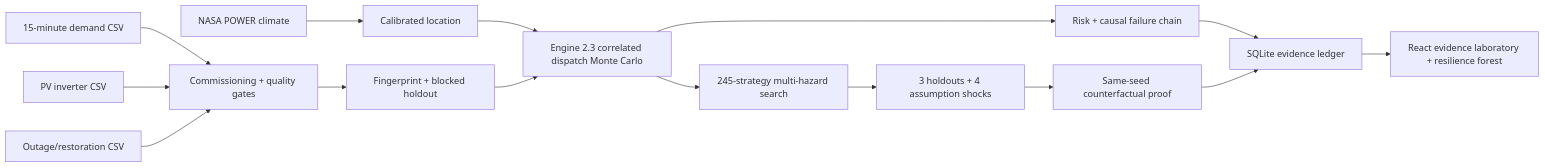
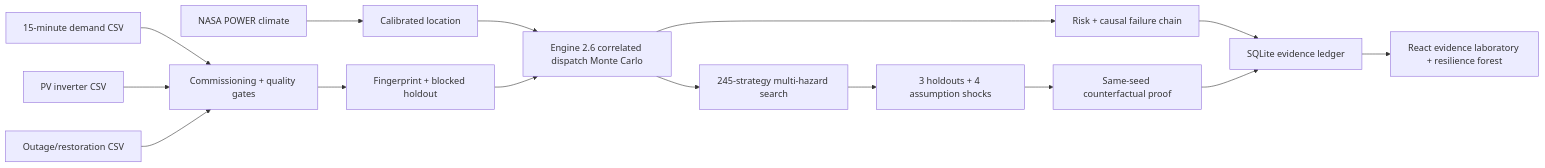
The diagram in docs/ARCHITECTURE.md (codewithanshuman/grounded), drawn with Mermaid before and after one commit. The commit also changed other lines of this file and 7 other files, not shown here.

````diff
--- a/docs/ARCHITECTURE.md
+++ b/docs/ARCHITECTURE.md
@@ -3,17 +3,17 @@
 ```mermaid
 flowchart LR
   A[NASA POWER climate] --> C[Calibrated location]
   B1[15-minute demand CSV] --> D[Commissioning + quality gates]
   B2[PV inverter CSV] --> D
   B3[Outage/restoration CSV] --> D
   D --> E[Fingerprint + blocked holdout]
-  C --> F[Engine 2.3 correlated dispatch Monte Carlo]
+  C --> F[Engine 2.6 correlated dispatch Monte Carlo]
   E --> F
   F --> G[Risk + causal failure chain]
   F --> H[245-strategy multi-hazard search]
   H --> I[3 holdouts + 4 assumption shocks]
   I --> J[Same-seed counterfactual proof]
   G --> K[SQLite evidence ledger]
   J --> K
   K --> L[React evidence laboratory + resilience forest]
 ```
````
